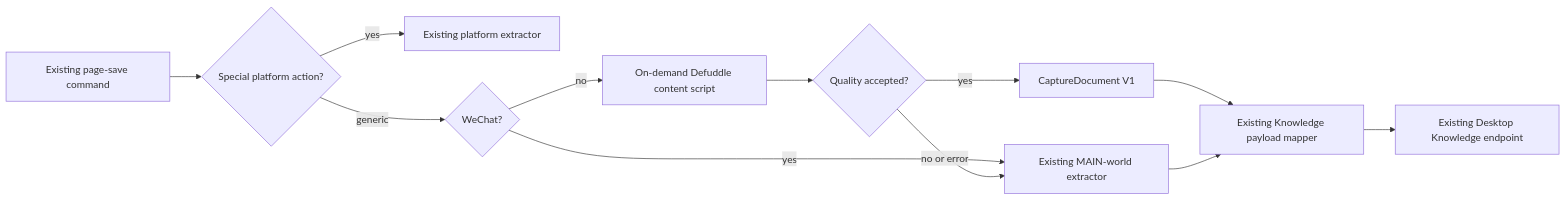
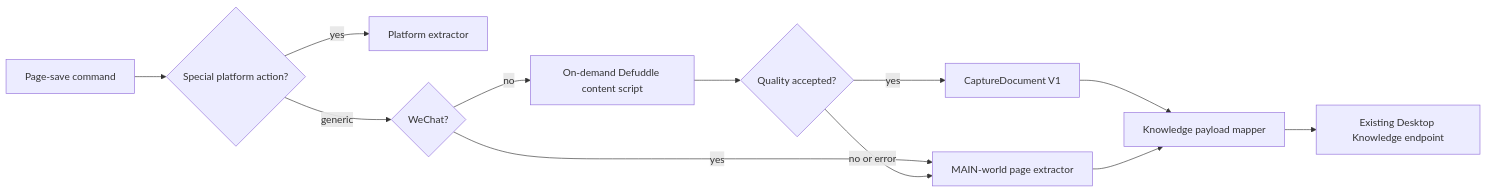
The diagram in Plugin/docs/generic-web-capture-architecture.md (Garden12138/garden-flow), drawn with Mermaid before and after one commit. The commit also changed other lines of this file and 284 other files, not shown here.

Commit message:
Refactor application architecture and remove obsolete code

````diff
--- a/Plugin/docs/generic-web-capture-architecture.md
+++ b/Plugin/docs/generic-web-capture-architecture.md
@@ -21,14 +21,14 @@
 ```mermaid
 flowchart LR
-  A[Existing page-save command] --> B{Special platform action?}
-  B -->|yes| C[Existing platform extractor]
+  A[Page-save command] --> B{Special platform action?}
+  B -->|yes| C[Platform extractor]
   B -->|generic| D{WeChat?}
-  D -->|yes| E[Existing MAIN-world extractor]
+  D -->|yes| E[MAIN-world page extractor]
   D -->|no| F[On-demand Defuddle content script]
   F --> G{Quality accepted?}
   G -->|yes| H[CaptureDocument V1]
   G -->|no or error| E
-  H --> I[Existing Knowledge payload mapper]
+  H --> I[Knowledge payload mapper]
   E --> I
   I --> J[Existing Desktop Knowledge endpoint]
 ```
````
